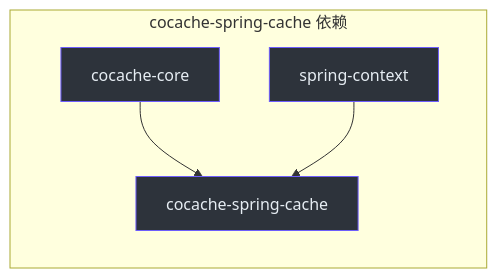
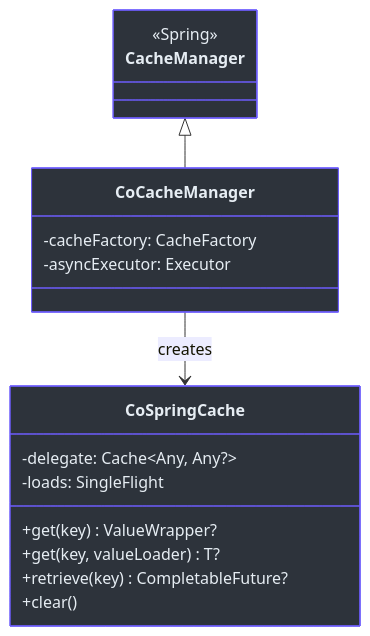
The first of 2 diagrams in wiki/zh/modules/cocache-spring-cache.md (Ahoo-Wang/CoCache), drawn with Mermaid before and after one commit. The commit also changed other lines of this file and 256 other files, not shown here.

First line of the commit message:
refactor!: rebuild coherence core for 5.0 (bounded staleness, explicit negative cache) (#575)

````diff
--- a/wiki/zh/modules/cocache-spring-cache.md
+++ b/wiki/zh/modules/cocache-spring-cache.md
@@ -12,18 +17,24 @@
 ```mermaid
-graph LR
-    subgraph sg_44 ["cocache-spring-cache 依赖"]
+classDiagram
+    class CacheManager {
+        <<Spring>>
+    }
+    class CoCacheManager {
+        -cacheFactory: CacheFactory
+        -asyncExecutor: Executor
+    }
+    class CoSpringCache {
+        -delegate: Cache~Any, Any?~
+        -loads: SingleFlight
+        +get(key) ValueWrapper?
+        +get(key, valueLoader) T?
+        +retrieve(key) CompletableFuture?
+        +clear()
+    }
+    CacheManager <|-- CoCacheManager
+    CoCacheManager --> CoSpringCache : creates
 
-        core["cocache-core"]
-        style core fill:#2d333b,stroke:#6d5dfc,color:#e6edf3
-
-        spring_cache["cocache-spring-cache"]
-        style spring_cache fill:#2d333b,stroke:#6d5dfc,color:#e6edf3
-
-        spring_ctx["spring-context"]
-        style spring_ctx fill:#2d333b,stroke:#6d5dfc,color:#e6edf3
-
-        core --> spring_cache
-        spring_ctx --> spring_cache
-    end
-
+    style CacheManager fill:#2d333b,stroke:#6d5dfc,color:#e6edf3
+    style CoCacheManager fill:#2d333b,stroke:#6d5dfc,color:#e6edf3
+    style CoSpringCache fill:#2d333b,stroke:#6d5dfc,color:#e6edf3
 ```
````
